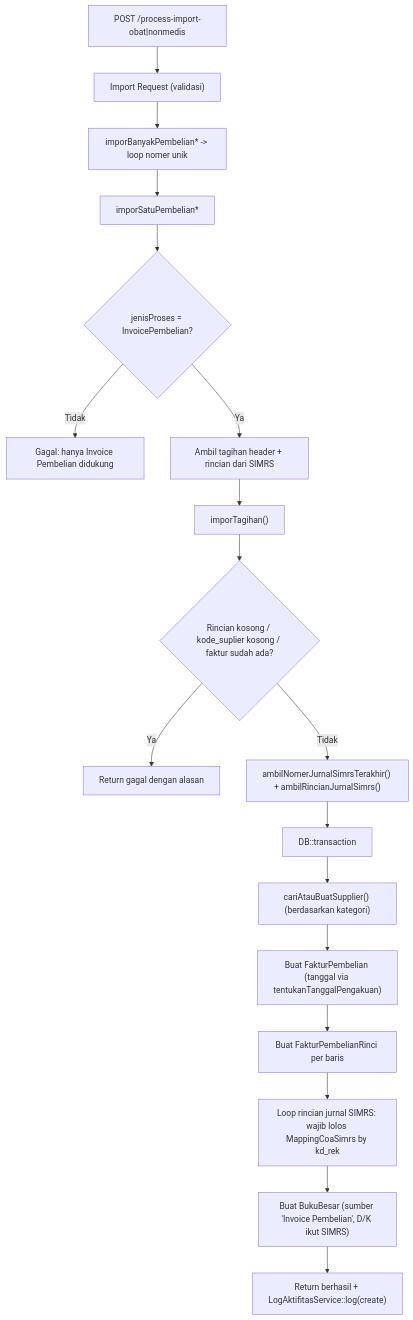
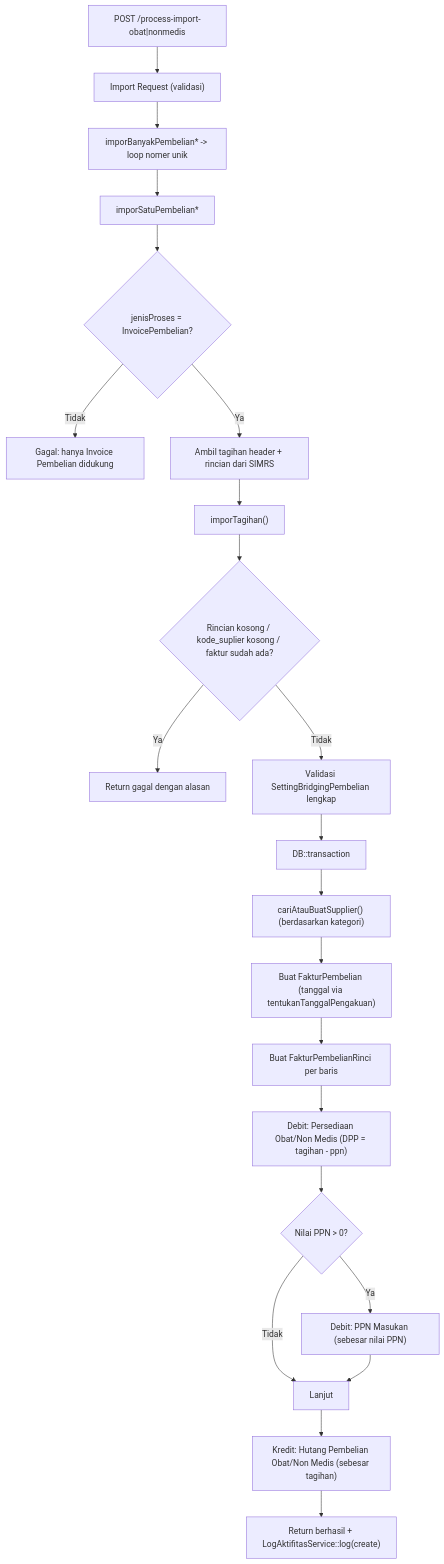
The second of 3 diagrams in dokumentasi/bridging-pembelian.md (AltamaSidoarjo/laravel-siakurat-pt-smt), drawn with Mermaid before and after one commit. The commit also changed other lines of this file and 19 other files, not shown here.

Commit message:
feat(bridging): implementasi setting akun terpusat pada bridging pembelian dan pelepasan jurnal simrs

````diff
--- a/dokumentasi/bridging-pembelian.md
+++ b/dokumentasi/bridging-pembelian.md
@@ -68,20 +68,24 @@
 ```mermaid
 flowchart TD
     A["POST /process-import-obat|nonmedis"] --> B["Import Request (validasi)"]
     B --> C["imporBanyakPembelian* -> loop nomer unik"]
     C --> D["imporSatuPembelian*"]
     D --> E{"jenisProses = InvoicePembelian?"}
     E -- Tidak --> F["Gagal: hanya Invoice Pembelian didukung"]
     E -- Ya --> G["Ambil tagihan header + rincian dari SIMRS"]
     G --> H["imporTagihan()"]
     H --> I{"Rincian kosong / kode_suplier kosong / faktur sudah ada?"}
     I -- Ya --> J["Return gagal dengan alasan"]
-    I -- Tidak --> K["ambilNomerJurnalSimrsTerakhir() + ambilRincianJurnalSimrs()"]
+    I -- Tidak --> K["Validasi SettingBridgingPembelian lengkap"]
     K --> L["DB::transaction"]
     L --> M["cariAtauBuatSupplier() (berdasarkan kategori)"]
     M --> N["Buat FakturPembelian (tanggal via tentukanTanggalPengakuan)"]
     N --> O["Buat FakturPembelianRinci per baris"]
-    O --> P["Loop rincian jurnal SIMRS: wajib lolos MappingCoaSimrs by kd_rek"]
-    P --> Q["Buat BukuBesar (sumber 'Invoice Pembelian', D/K ikut SIMRS)"]
-    Q --> R["Return berhasil + LogAktifitasService::log(create)"]
+    O --> P["Debit: Persediaan Obat/Non Medis (DPP = tagihan - ppn)"]
+    P --> Q{"Nilai PPN > 0?"}
+    Q -- Ya --> R["Debit: PPN Masukan (sebesar nilai PPN)"]
+    Q -- Tidak --> S["Lanjut"]
+    R --> S
+    S --> T["Kredit: Hutang Pembelian Obat/Non Medis (sebesar tagihan)"]
+    T --> U["Return berhasil + LogAktifitasService::log(create)"]
 ```
````
